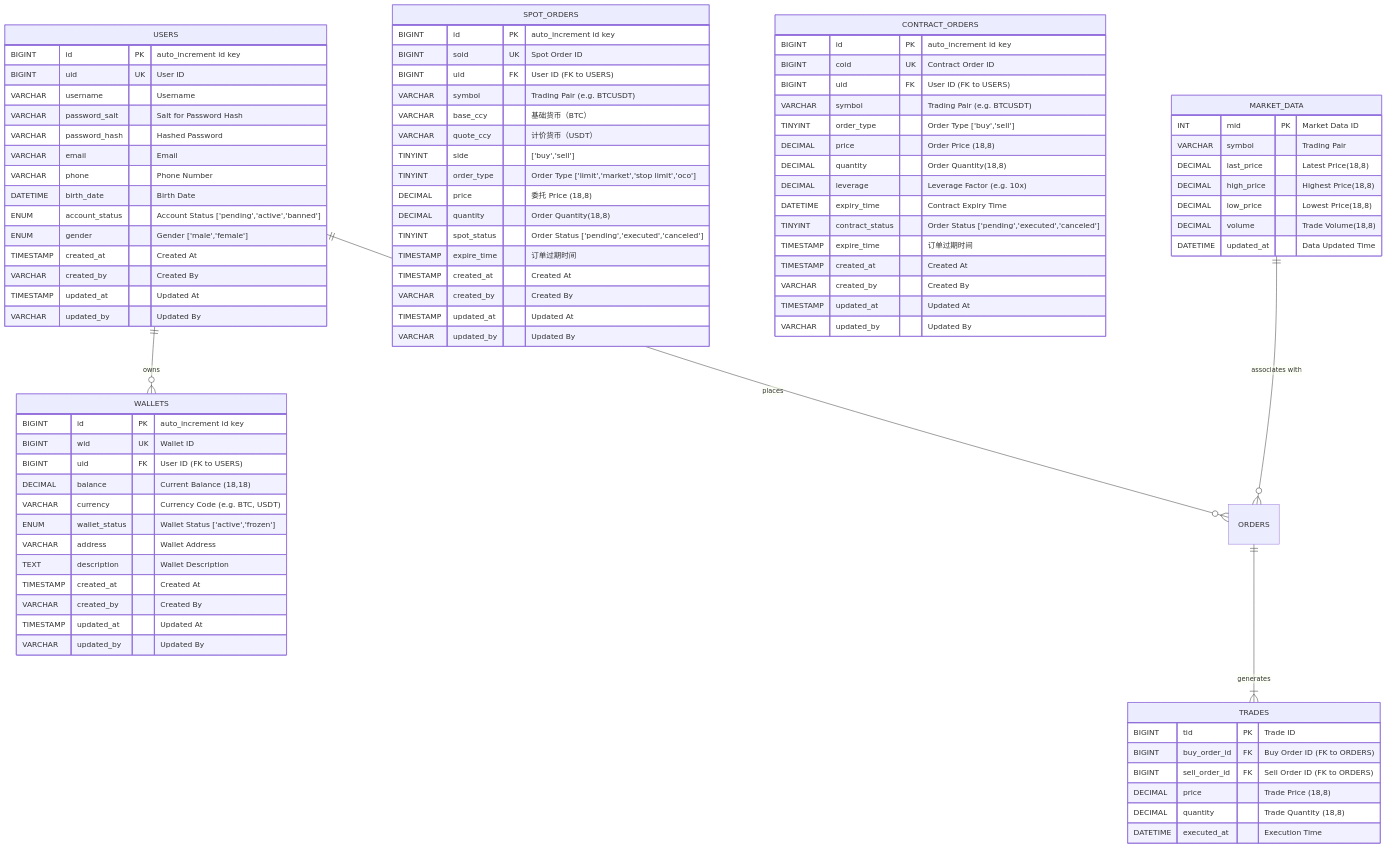
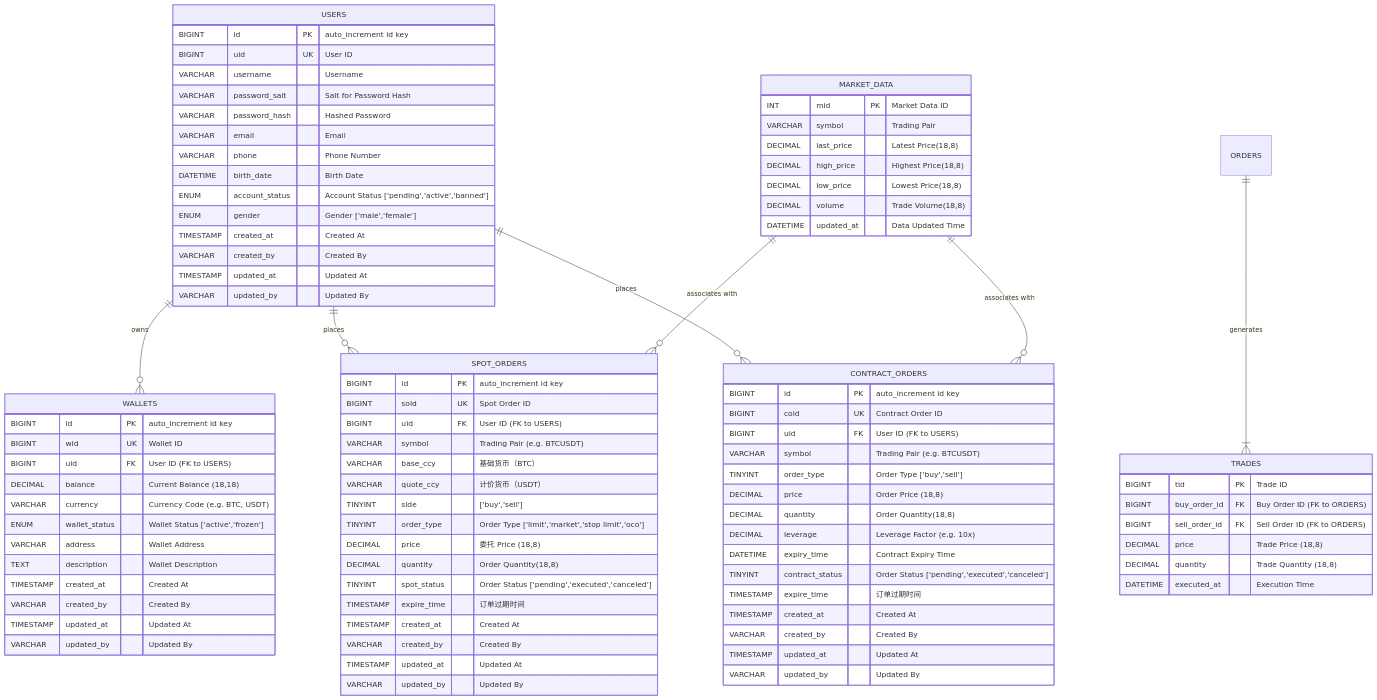
The second of 2 diagrams in README.md (NewbiePro/quantax_lab), drawn with Mermaid before and after one commit.

Commit message:
git init

````diff
--- a/README.md
+++ b/README.md
@@ -162,7 +162,9 @@
 
     %% 关系定义
     USERS ||--o{ WALLETS : "owns"
-    USERS ||--o{ ORDERS : "places"
+    USERS ||--o{ SPOT_ORDERS : "places"
+    USERS ||--o{ CONTRACT_ORDERS : "places"
     ORDERS ||--|{ TRADES : "generates"
-    MARKET_DATA ||--o{ ORDERS : "associates with"
+    MARKET_DATA ||--o{ SPOT_ORDERS : "associates with"
+    MARKET_DATA ||--o{ CONTRACT_ORDERS : "associates with"
 ```
````
